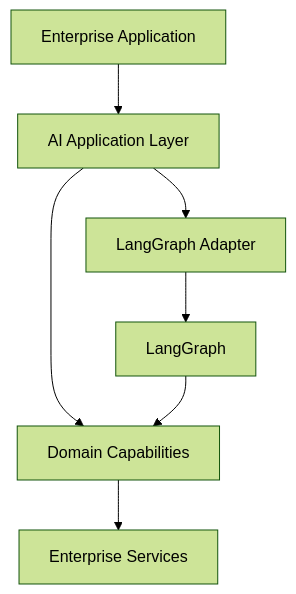
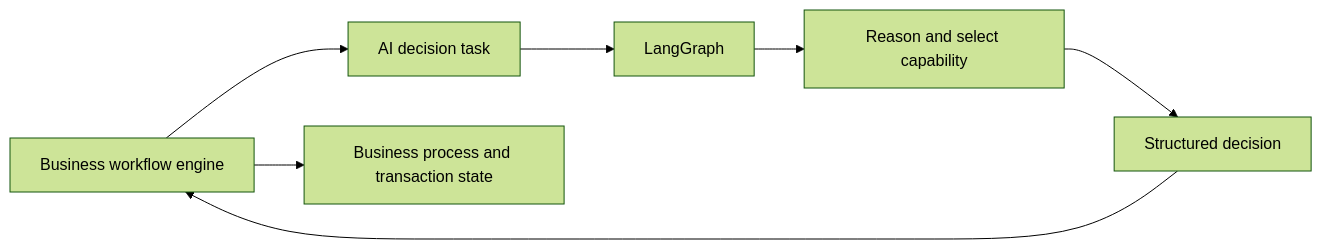
One commit to MihirKJha/enterprise-ai-engineering-handbook changed the fourth of 5 diagrams in docs/08-ai-engineering-frameworks/langgraph/26-langgraph-limitations-and-tradeoffs.md. Above: the diagram before and after it, drawn with Mermaid (forest theme). The commit also changed other lines of this file and 10 other files, not shown here.

````diff
--- a/docs/08-ai-engineering-frameworks/langgraph/26-langgraph-limitations-and-tradeoffs.md
+++ b/docs/08-ai-engineering-frameworks/langgraph/26-langgraph-limitations-and-tradeoffs.md
@@ -2262,15 +197,9 @@
 ```mermaid
-flowchart TB
-
-    A[Enterprise Application] --> B[AI Application Layer]
-
-    B --> C[LangGraph Adapter]
-
-    C --> D[LangGraph]
-
-    B --> E[Domain Capabilities]
-
-    E --> F[Enterprise Services]
-
-    D --> E
+flowchart LR
+    A[Business workflow engine] --> B[AI decision task]
+    B --> C[LangGraph]
+    C --> D[Reason and select capability]
+    D --> E[Structured decision]
+    E --> A
+    A --> F[Business process and transaction state]
 ```
````
